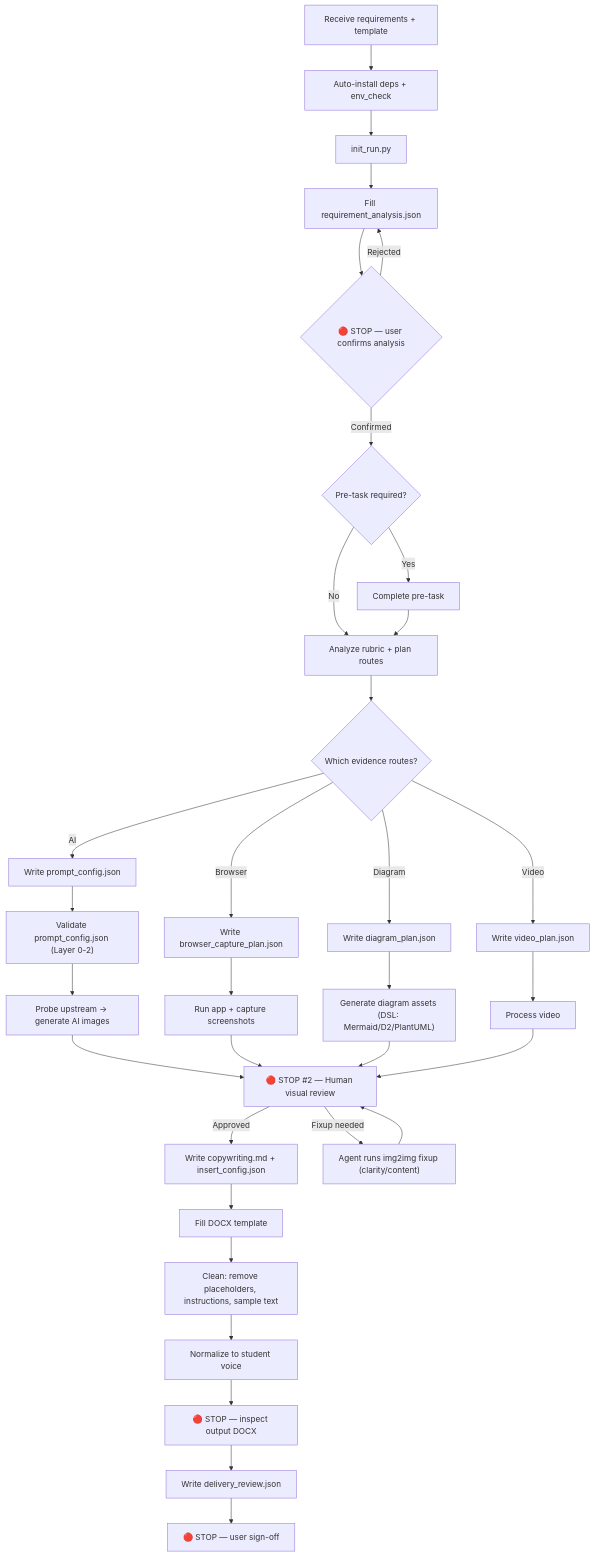
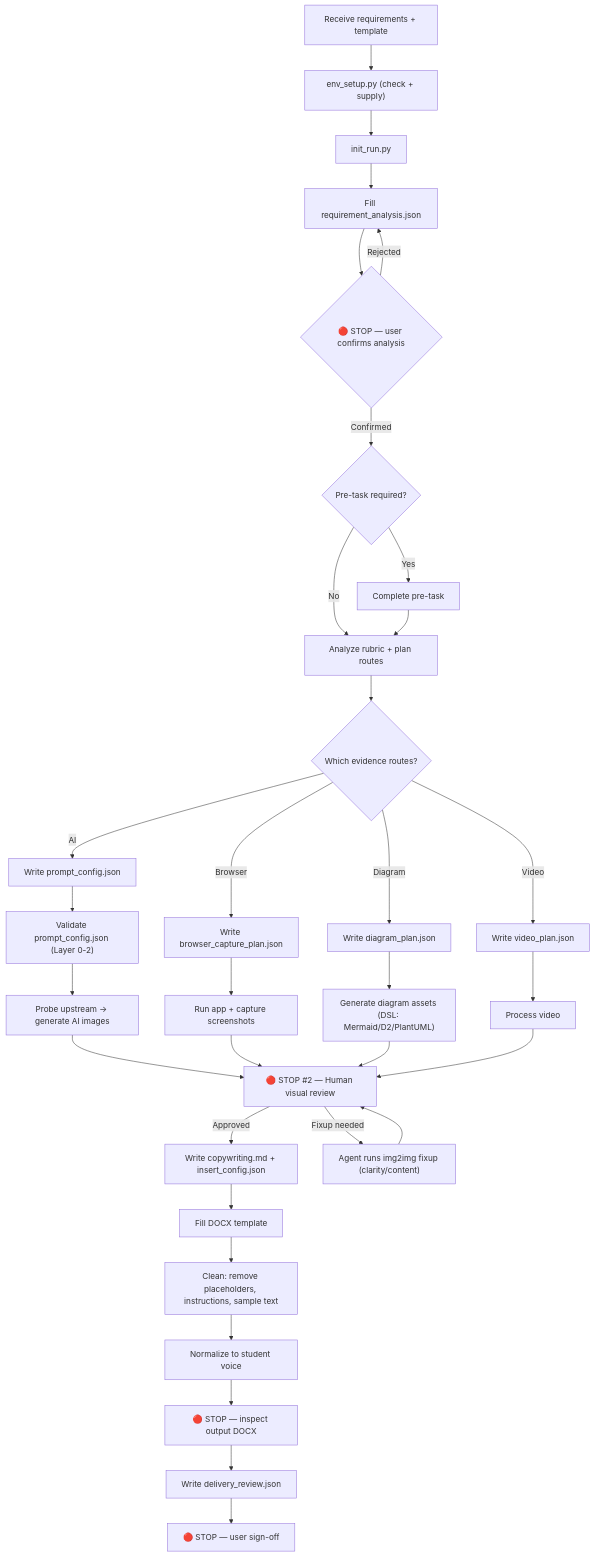
The diagram in SKILL.md (qiuy-collab/AutoFlow.skill), drawn with Mermaid before and after one commit. The commit also changed other lines of this file and 1 other file, not shown here.

First line of the commit message:
feat: add env_setup.py (check + supply unified environment setup)

````diff
--- a/SKILL.md
+++ b/SKILL.md
@@ -249,35 +253,35 @@
 ```mermaid
 flowchart TD
-    A["Receive requirements + template"] --> B["Auto-install deps + env_check"]
+    A["Receive requirements + template"] --> B["env_setup.py (check + supply)"]
     B --> C["init_run.py"]
     C --> D["Fill requirement_analysis.json"]
     D --> E{"🔴 STOP — user confirms analysis"}
     E -->|Confirmed| F{"Pre-task required?"}
     E -->|Rejected| D
     F -->|Yes| G["Complete pre-task"]
     F -->|No| H["Analyze rubric + plan routes"]
     G --> H
     H --> I{"Which evidence routes?"}
     I -->|AI| J["Write prompt_config.json"]
     I -->|Browser| K["Write browser_capture_plan.json"]
     I -->|Diagram| L["Write diagram_plan.json"]
     I -->|Video| M["Write video_plan.json"]
     J --> N0["Validate prompt_config.json (Layer 0-2)"]
     N0 --> N["Probe upstream → generate AI images"]
     K --> O["Run app + capture screenshots"]
     L --> P["Generate diagram assets (DSL: Mermaid/D2/PlantUML)"]
     M --> Q["Process video"]
     N --> R["🔴 STOP #2 — Human visual review"]
     O --> R
     P --> R
     Q --> R
     R -->|Approved| U["Write copywriting.md + insert_config.json"]
     R -->|Fixup needed| T["Agent runs img2img fixup (clarity/content)"]
     T --> R
     U --> V["Fill DOCX template"]
     V --> W["Clean: remove placeholders, instructions, sample text"]
     W --> X["Normalize to student voice"]
     X --> Y["🔴 STOP — inspect output DOCX"]
     Y --> Z["Write delivery_review.json"]
     Z --> AA["🔴 STOP — user sign-off"]
 ```
````
